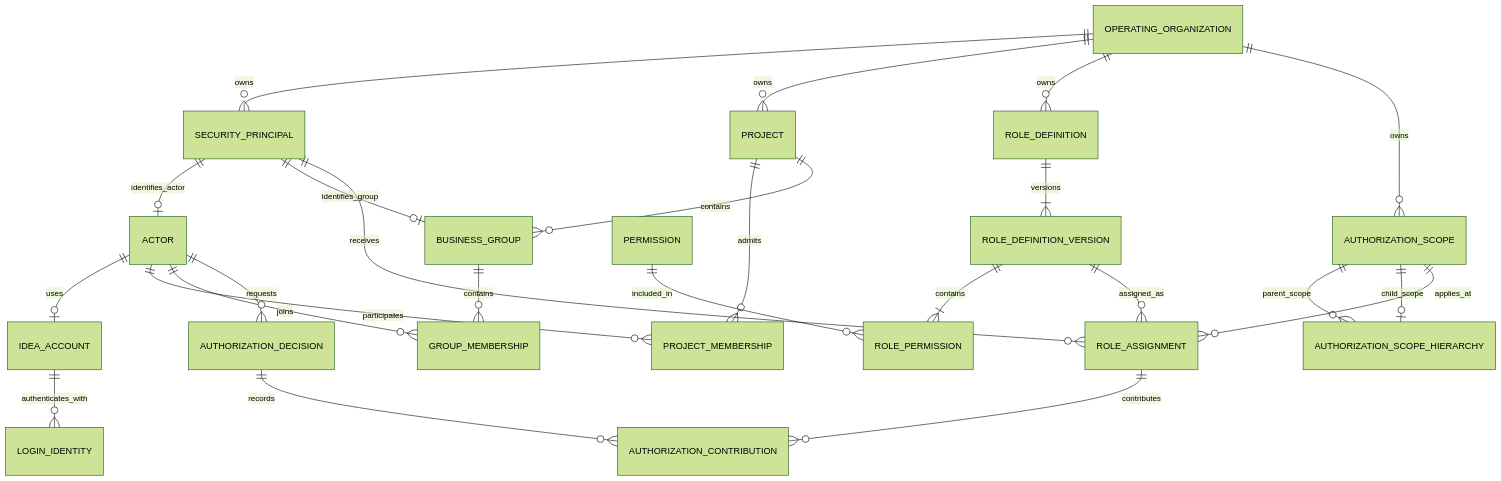
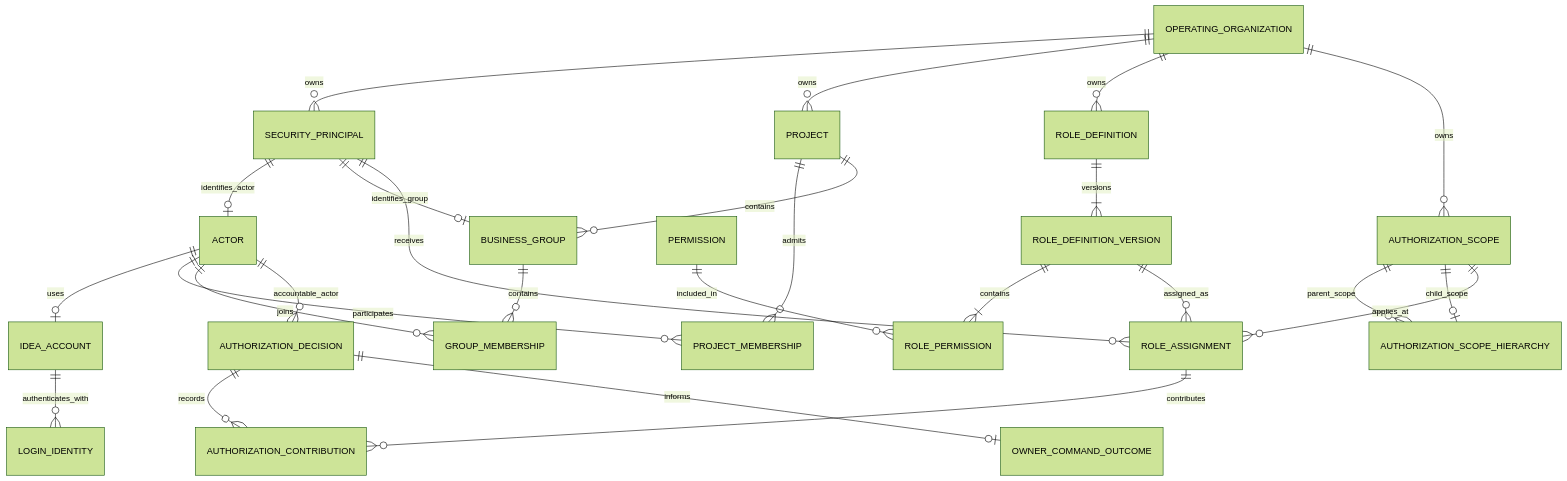
Before and after one commit to devphuclam/IDEAEngineering: the second of 4 diagrams in docs/product/instances/idea-engineering/DOC-06-data-integration-and-migration-specification.md, drawn with Mermaid (forest theme). The commit also changed other lines of this file and 73 other files, not shown here.

Commit message:
docs: correct architecture custody and audit views

````diff
--- a/docs/product/instances/idea-engineering/DOC-06-data-integration-and-migration-specification.md
+++ b/docs/product/instances/idea-engineering/DOC-06-data-integration-and-migration-specification.md
@@ -126,30 +132,31 @@
 ```mermaid
 erDiagram
     accTitle: Account Project and RBAC data relationships
-    accDescr: The Organization owns Security Principals, accounts, Projects, Role Definitions and Scopes. Actor and Business Group are mutually exclusive principal kinds. Project and Group membership are separate from Role Assignments. Each Role Assignment binds exactly one Security Principal, one immutable Role Definition version and one Scope. A decision may be supported by many applicable assignments, recorded through contribution rows. Scope parent-child rows make the hierarchy explicit without a recursive self-loop.
+    accDescr: The Organization owns Security Principals, accounts, Projects, Role Definitions and Scopes. Actor and Business Group are mutually exclusive principal kinds. Project and Group membership are separate from Role Assignments. Each Role Assignment binds exactly one Security Principal, one immutable Role Definition version and one Scope. Access Policy owns immutable authorization decisions supported by contribution rows; the resource owner separately owns the correlated business/final command outcome. Scope parent-child rows make the hierarchy explicit without a recursive self-loop.
 
     OPERATING_ORGANIZATION ||--o{ SECURITY_PRINCIPAL : owns
     SECURITY_PRINCIPAL ||--o| ACTOR : identifies_actor
     SECURITY_PRINCIPAL ||--o| BUSINESS_GROUP : identifies_group
     ACTOR ||--o| IDEA_ACCOUNT : uses
     IDEA_ACCOUNT ||--o{ LOGIN_IDENTITY : authenticates_with
     OPERATING_ORGANIZATION ||--o{ PROJECT : owns
     ACTOR ||--o{ PROJECT_MEMBERSHIP : participates
     PROJECT ||--o{ PROJECT_MEMBERSHIP : admits
     PROJECT ||--o{ BUSINESS_GROUP : contains
     ACTOR ||--o{ GROUP_MEMBERSHIP : joins
     BUSINESS_GROUP ||--o{ GROUP_MEMBERSHIP : contains
     ROLE_DEFINITION ||--|{ ROLE_DEFINITION_VERSION : versions
     ROLE_DEFINITION_VERSION ||--|{ ROLE_PERMISSION : contains
     PERMISSION ||--o{ ROLE_PERMISSION : included_in
     OPERATING_ORGANIZATION ||--o{ ROLE_DEFINITION : owns
     OPERATING_ORGANIZATION ||--o{ AUTHORIZATION_SCOPE : owns
     AUTHORIZATION_SCOPE ||--o{ AUTHORIZATION_SCOPE_HIERARCHY : parent_scope
     AUTHORIZATION_SCOPE ||--o| AUTHORIZATION_SCOPE_HIERARCHY : child_scope
     ROLE_DEFINITION_VERSION ||--o{ ROLE_ASSIGNMENT : assigned_as
     AUTHORIZATION_SCOPE ||--o{ ROLE_ASSIGNMENT : applies_at
     SECURITY_PRINCIPAL ||--o{ ROLE_ASSIGNMENT : receives
-    ACTOR ||--o{ AUTHORIZATION_DECISION : requests
+    ACTOR ||--o{ AUTHORIZATION_DECISION : accountable_actor
     ROLE_ASSIGNMENT ||--o{ AUTHORIZATION_CONTRIBUTION : contributes
     AUTHORIZATION_DECISION ||--o{ AUTHORIZATION_CONTRIBUTION : records
+    AUTHORIZATION_DECISION ||--o| OWNER_COMMAND_OUTCOME : informs
 ```
````
